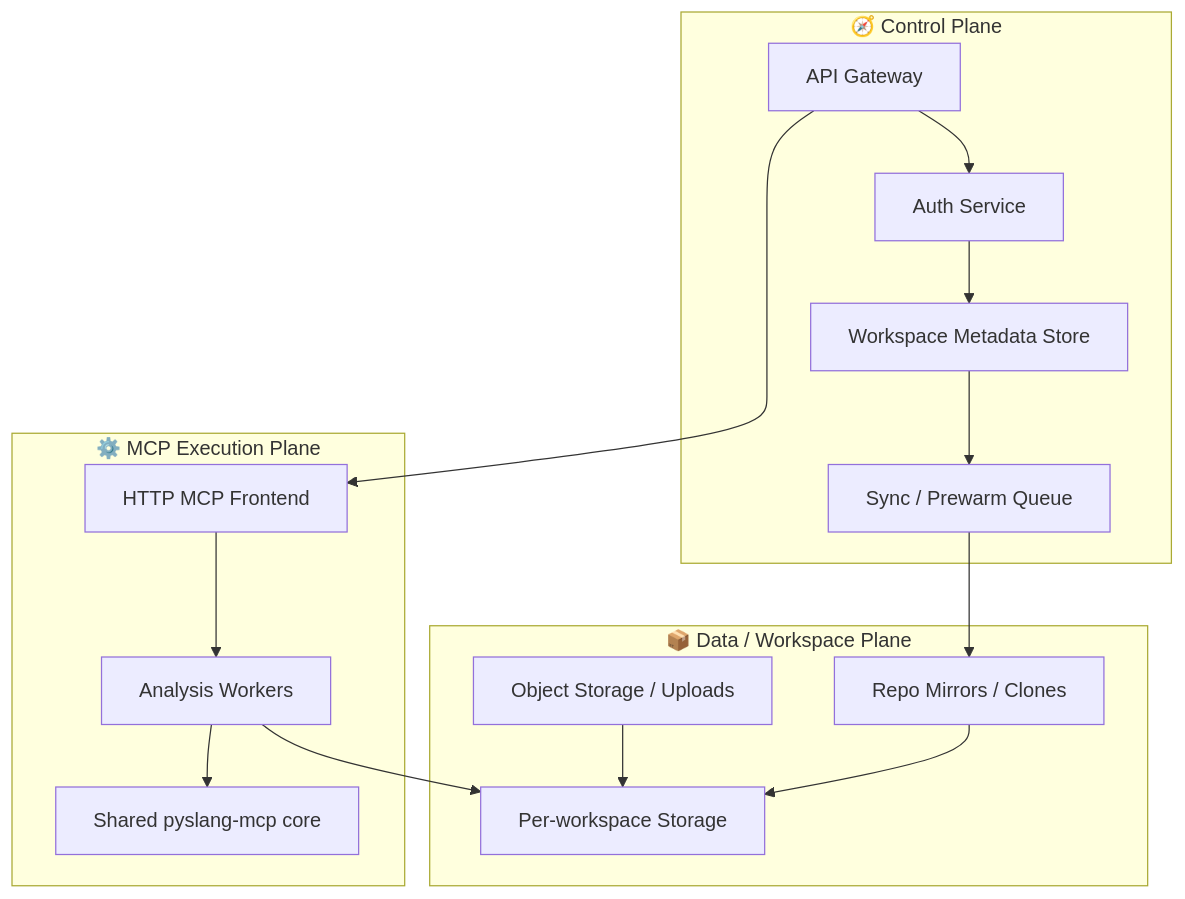
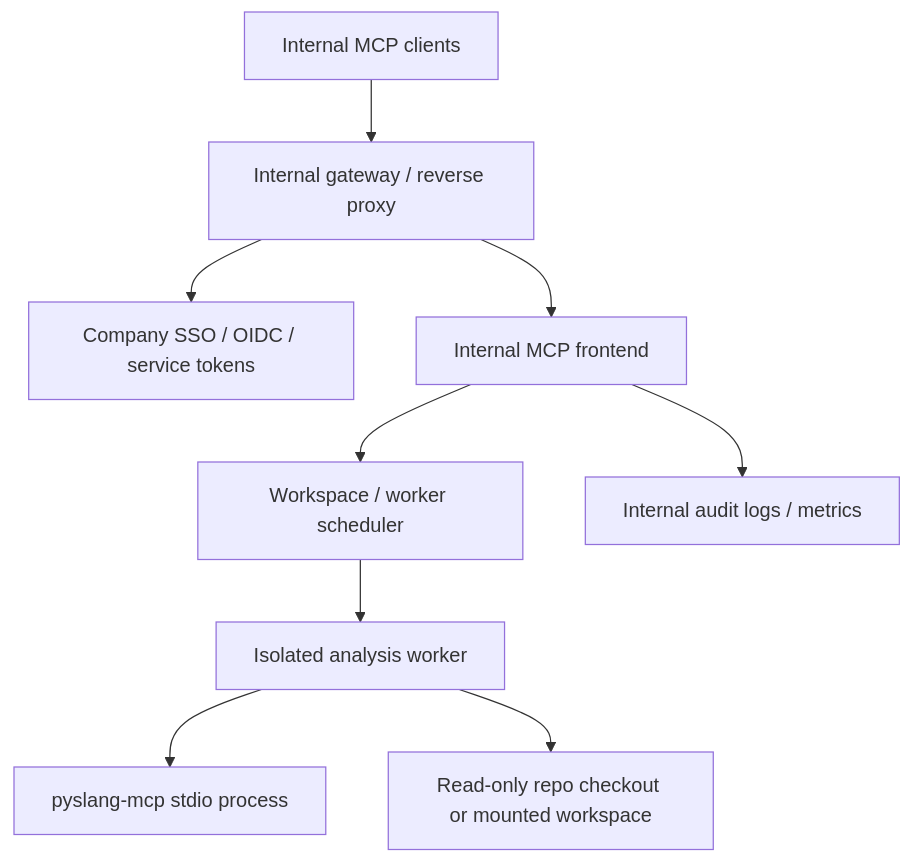
One commit to ariklapid/pyslang-mcp changed the second of 2 diagrams in REMOTE_DEPLOYMENT.md. Above: the diagram before and after it, drawn with Mermaid. The commit also changed other lines of this file and 20 other files, not shown here.

````diff
--- a/REMOTE_DEPLOYMENT.md
+++ b/REMOTE_DEPLOYMENT.md
@@ -92,32 +165,11 @@
 ```mermaid
 flowchart TD
-    subgraph CP["🧭 Control Plane"]
-        Gateway["API Gateway"]
-        Auth["Auth Service"]
-        Meta["Workspace Metadata Store"]
-        Queue["Sync / Prewarm Queue"]
-    end
-
-    subgraph DP["📦 Data / Workspace Plane"]
-        Workspace["Per-workspace Storage"]
-        Object["Object Storage / Uploads"]
-        Repo["Repo Mirrors / Clones"]
-    end
-
-    subgraph EP["⚙️ MCP Execution Plane"]
-        Frontend["HTTP MCP Frontend"]
-        Workers["Analysis Workers"]
-        Core["Shared pyslang-mcp core"]
-    end
-
-    Gateway --> Auth
-    Gateway --> Frontend
-    Auth --> Meta
-    Meta --> Queue
-    Queue --> Repo
-    Object --> Workspace
-    Repo --> Workspace
-    Frontend --> Workers
-    Workers --> Core
-    Workers --> Workspace
+    Client["Internal MCP clients"] --> Edge["Internal gateway / reverse proxy"]
+    Edge --> Auth["Company SSO / OIDC / service tokens"]
+    Edge --> Frontend["Internal MCP frontend"]
+    Frontend --> Scheduler["Workspace / worker scheduler"]
+    Scheduler --> Worker["Isolated analysis worker"]
+    Worker --> Server["pyslang-mcp stdio process"]
+    Worker --> Source["Read-only repo checkout or mounted workspace"]
+    Frontend --> Audit["Internal audit logs / metrics"]
 ```
````
